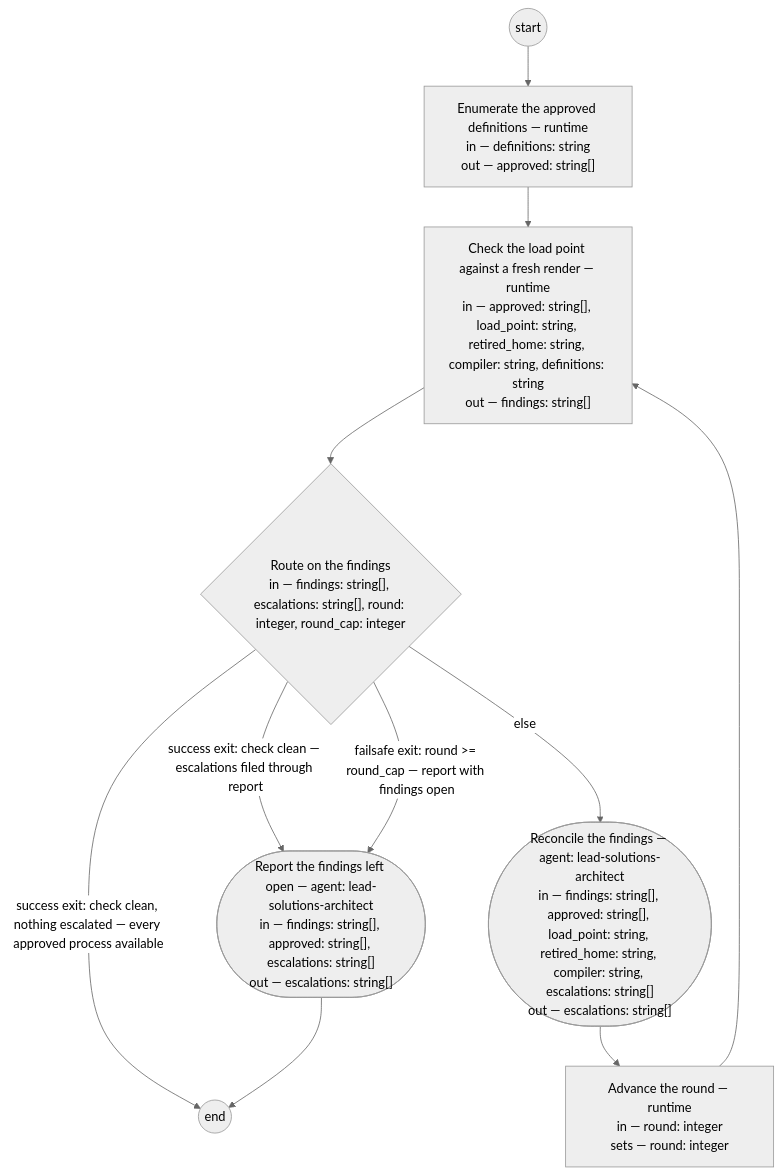
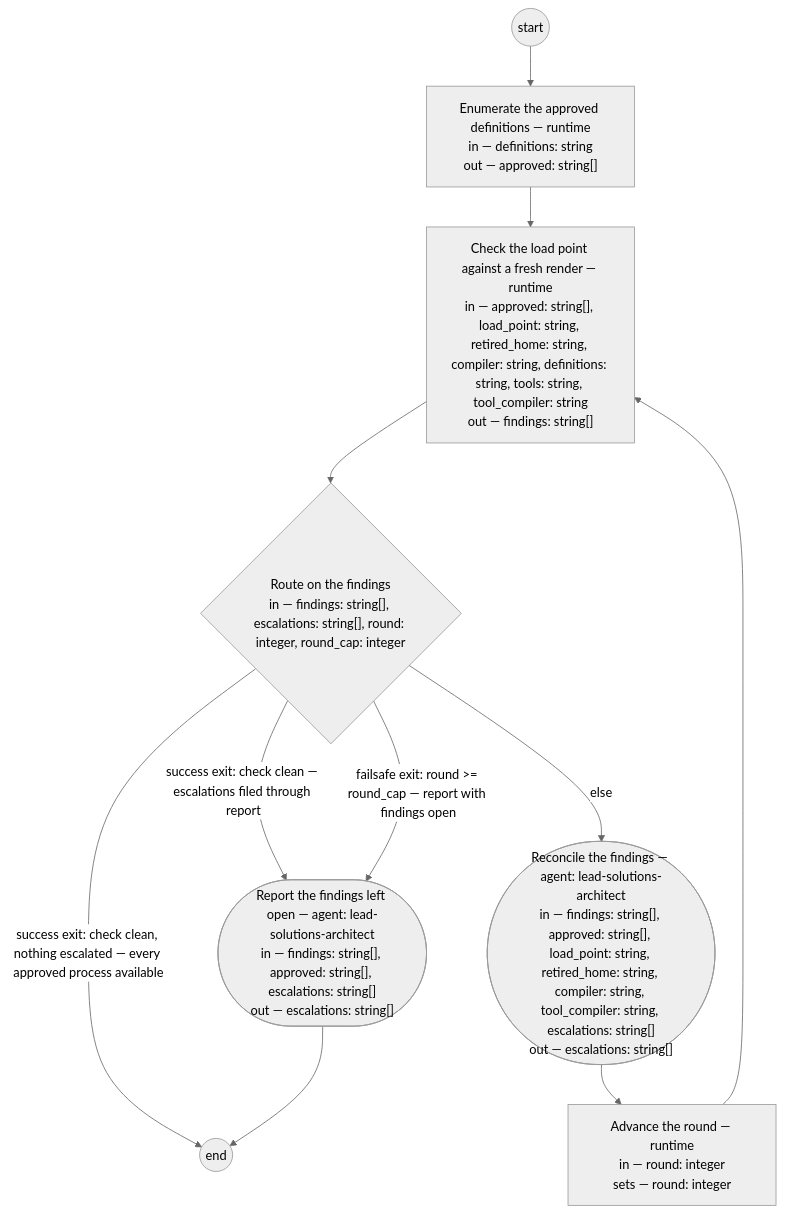
Before and after one commit to dstengle/shopsystem-product: the diagram in .claude/skills/skill-rendering/SKILL.md, drawn with Mermaid (neutral theme). The commit also changed other lines of this file and 8 other files, not shown here.

````diff
--- a/.claude/skills/skill-rendering/SKILL.md
+++ b/.claude/skills/skill-rendering/SKILL.md
@@ -34,20 +38,20 @@
 ```mermaid
 flowchart TD
   enumerate["Enumerate the approved definitions — runtime<br/>in — definitions: string<br/>out — approved: string[]"]
-  check["Check the load point against a fresh render — runtime<br/>in — approved: string[], load_point: string, retired_home: string, compiler: string, definitions: string<br/>out — findings: string[]"]
+  check["Check the load point against a fresh render — runtime<br/>in — approved: string[], load_point: string, retired_home: string, compiler: string, definitions: string, tools: string, tool_compiler: string<br/>out — findings: string[]"]
   route{"Route on the findings<br/>in — findings: string[], escalations: string[], round: integer, round_cap: integer"}
-  reconcile(["Reconcile the findings — agent: lead-solutions-architect<br/>in — findings: string[], approved: string[], load_point: string, retired_home: string, compiler: string, escalations: string[]<br/>out — escalations: string[]"])
+  reconcile(["Reconcile the findings — agent: lead-solutions-architect<br/>in — findings: string[], approved: string[], load_point: string, retired_home: string, compiler: string, tool_compiler: string, escalations: string[]<br/>out — escalations: string[]"])
   advance_round["Advance the round — runtime<br/>in — round: integer<br/>sets — round: integer"]
   report(["Report the findings left open — agent: lead-solutions-architect<br/>in — findings: string[], approved: string[], escalations: string[]<br/>out — escalations: string[]"])
   __end(("end"))
   __start(("start")) --> enumerate
   enumerate --> check
   check --> route
   route -->|success exit: check clean, nothing escalated — every approved process available| __end
   route -->|success exit: check clean — escalations filed through report| report
   route -->|failsafe exit: round >= round_cap — report with findings open| report
   route -->|else| reconcile
   reconcile --> advance_round
   advance_round --> check
   report --> __end
 ```
````
